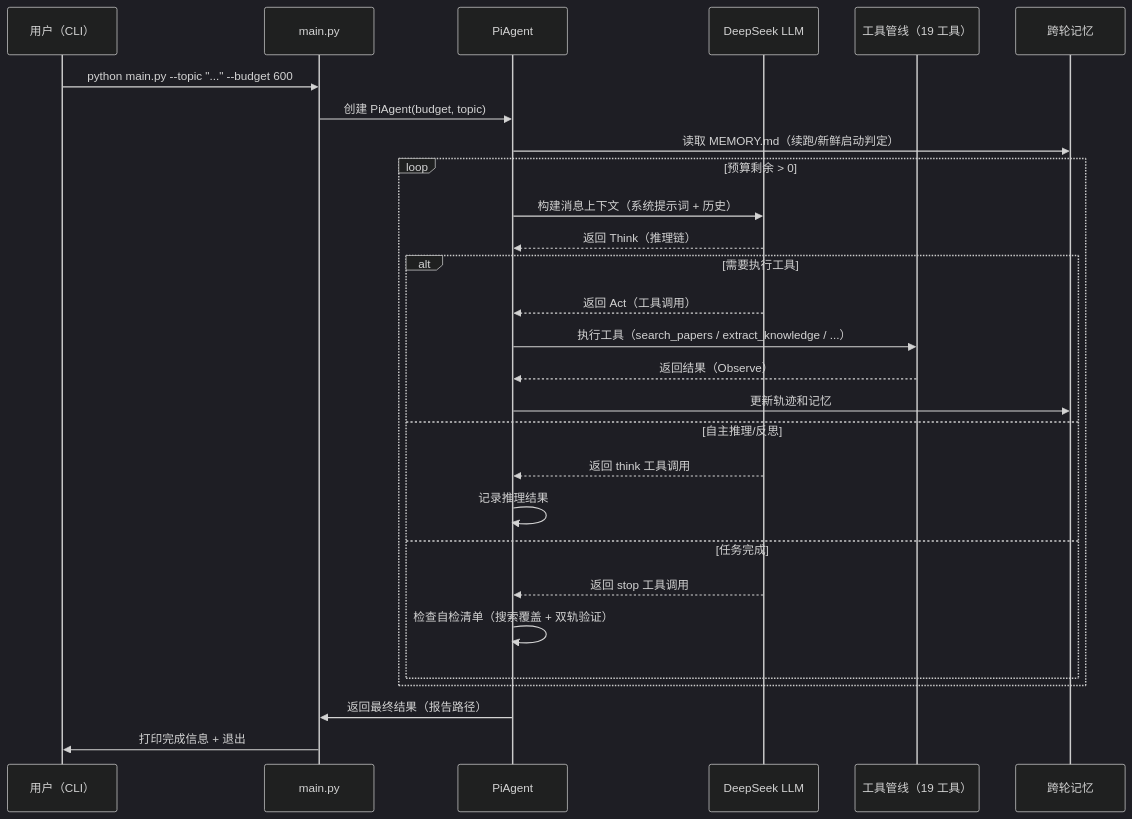
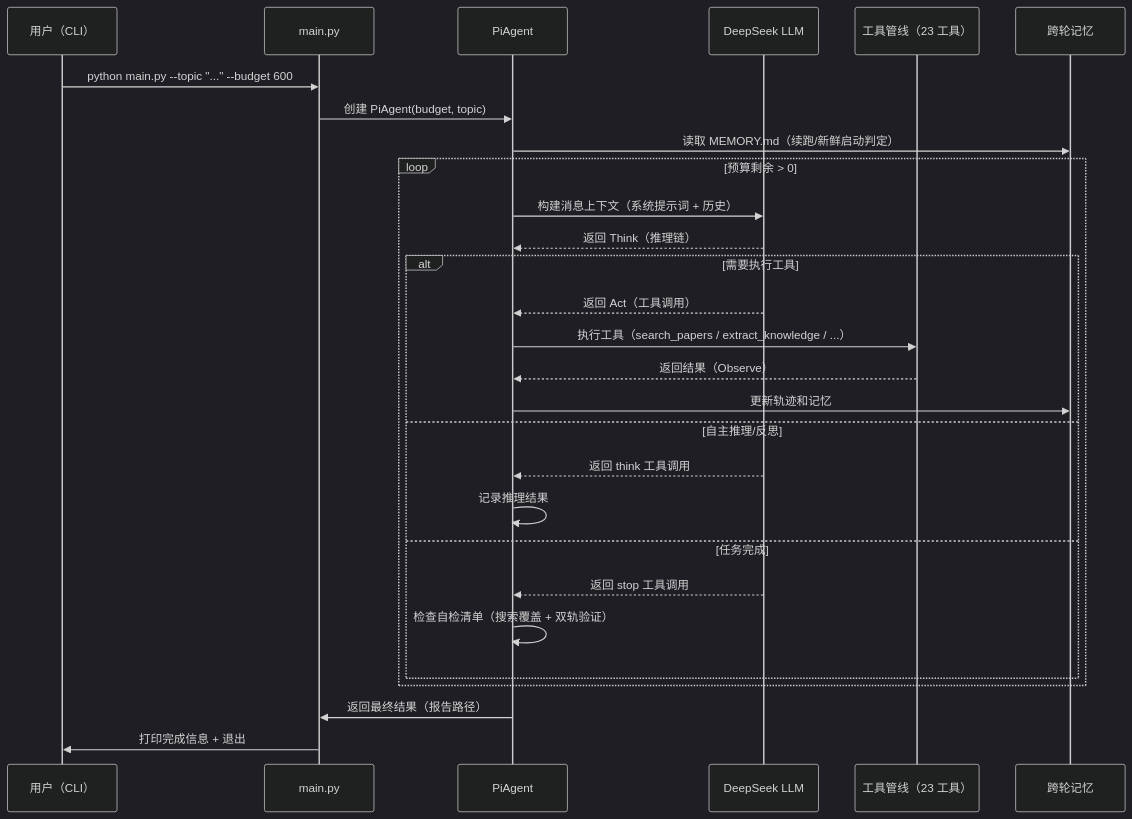
One commit to Alwayshere-su/pi-agent changed the second of 5 diagrams in docs/ARCHITECTURE.md. Above: the diagram before and after it, drawn with Mermaid (dark theme). The commit also changed other lines of this file and 6 other files, not shown here.

````diff
--- a/docs/ARCHITECTURE.md
+++ b/docs/ARCHITECTURE.md
@@ -45,34 +45,34 @@
 ```mermaid
 sequenceDiagram
     participant User as 用户（CLI）
     participant Main as main.py
     participant Agent as PiAgent
     participant LLM as DeepSeek LLM
-    participant Tools as 工具管线（19 工具）
+    participant Tools as 工具管线（23 工具）
     participant Memory as 跨轮记忆
 
     User->>Main: python main.py --topic "..." --budget 600
     Main->>Agent: 创建 PiAgent(budget, topic)
     Agent->>Memory: 读取 MEMORY.md（续跑/新鲜启动判定）
 
     loop 预算剩余 > 0
         Agent->>LLM: 构建消息上下文（系统提示词 + 历史）
         LLM-->>Agent: 返回 Think（推理链）
 
         alt 需要执行工具
             LLM-->>Agent: 返回 Act（工具调用）
             Agent->>Tools: 执行工具（search_papers / extract_knowledge / ...）
             Tools-->>Agent: 返回结果（Observe）
             Agent->>Memory: 更新轨迹和记忆
         else 自主推理/反思
             LLM-->>Agent: 返回 think 工具调用
             Agent->>Agent: 记录推理结果
         else 任务完成
             LLM-->>Agent: 返回 stop 工具调用
             Agent->>Agent: 检查自检清单（搜索覆盖 + 双轨验证）
         end
     end
 
     Agent->>Main: 返回最终结果（报告路径）
     Main->>User: 打印完成信息 + 退出
 ```
````
